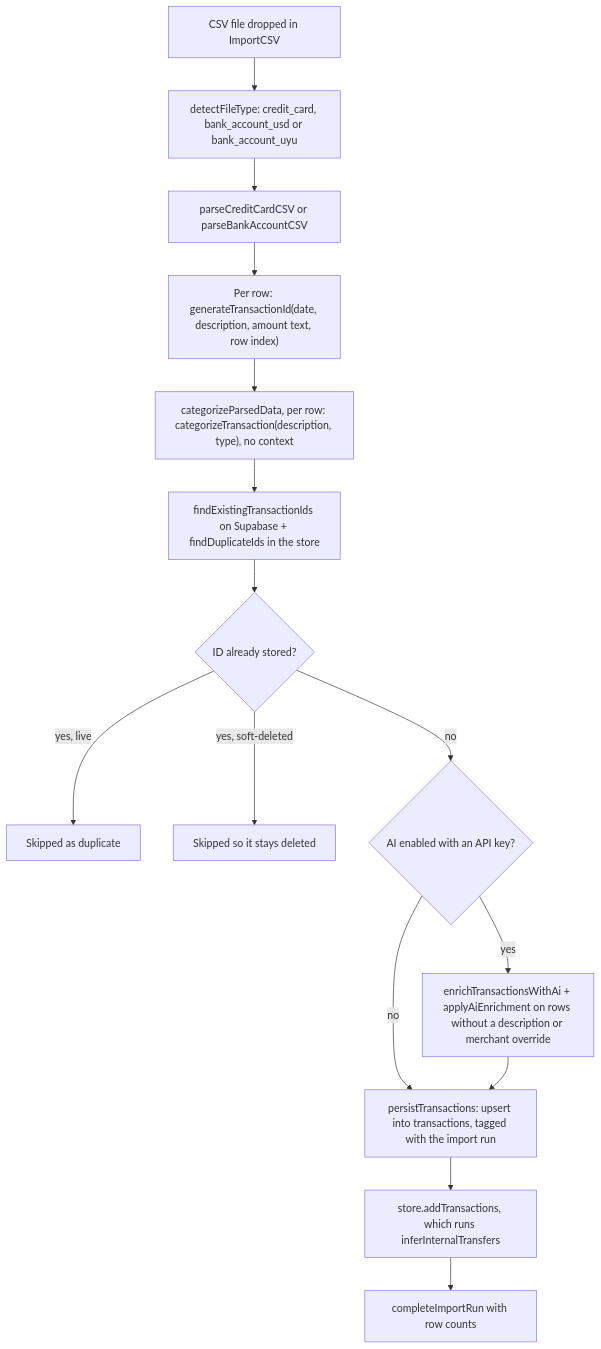
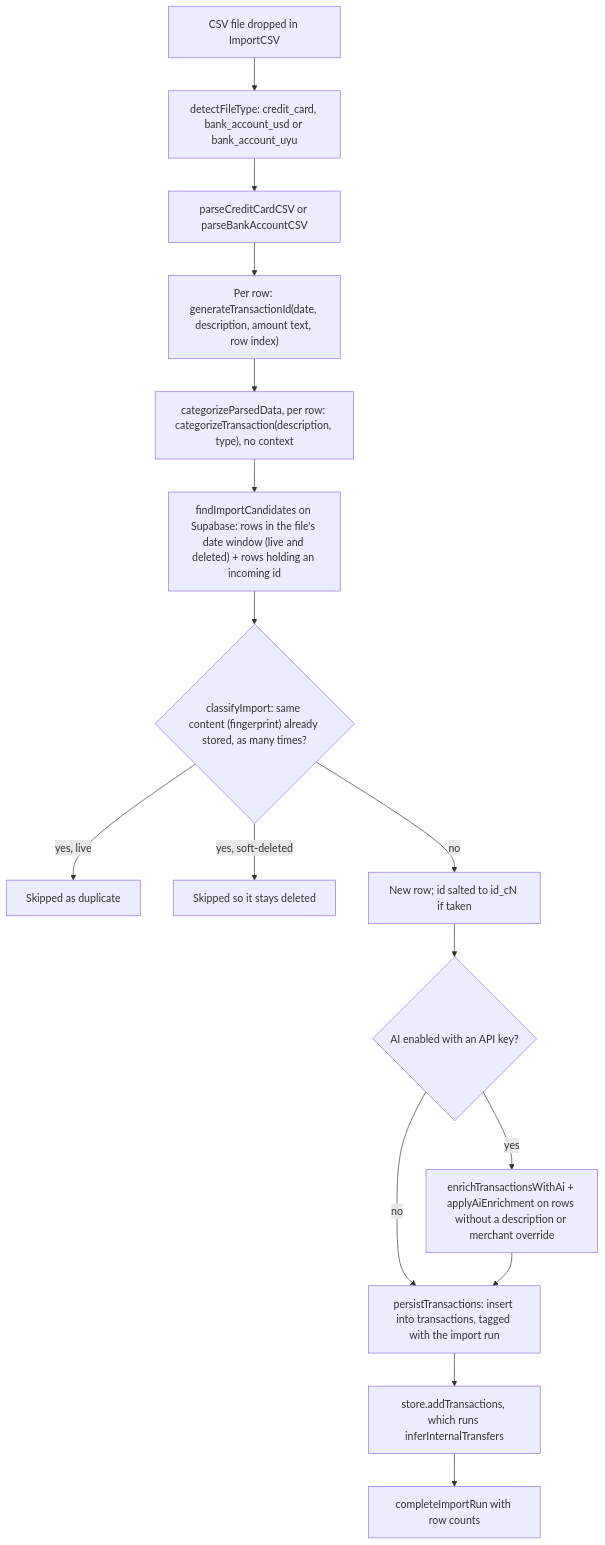
One commit to eltaiguer/tatu changed the first of 3 diagrams in docs/architecture.md. Above: the diagram before and after it, drawn with Mermaid. The commit also changed other lines of this file and 10 other files, not shown here.

First line of the commit message:
fix: dedup imports by content fingerprint so shifted exports don't double-count (#57)

````diff
--- a/docs/architecture.md
+++ b/docs/architecture.md
@@ -18,17 +18,18 @@
 ```mermaid
 flowchart TD
     A["CSV file dropped in ImportCSV"] --> B["detectFileType: credit_card, bank_account_usd or bank_account_uyu"]
     B --> C["parseCreditCardCSV or parseBankAccountCSV"]
     C --> E["Per row: generateTransactionId(date, description, amount text, row index)"]
     E --> D["categorizeParsedData, per row: categorizeTransaction(description, type), no context"]
-    D --> F["findExistingTransactionIds on Supabase + findDuplicateIds in the store"]
-    F --> G{"ID already stored?"}
+    D --> F["findImportCandidates on Supabase: rows in the file's date window (live and deleted) + rows holding an incoming id"]
+    F --> G{"classifyImport: same content (fingerprint) already stored, as many times?"}
     G -- "yes, live" --> H["Skipped as duplicate"]
     G -- "yes, soft-deleted" --> I["Skipped so it stays deleted"]
-    G -- "no" --> J{"AI enabled with an API key?"}
+    G -- "no" --> S["New row; id salted to id_cN if taken"]
+    S --> J{"AI enabled with an API key?"}
     J -- "yes" --> K["enrichTransactionsWithAi + applyAiEnrichment on rows without a description or merchant override"]
-    J -- "no" --> L["persistTransactions: upsert into transactions, tagged with the import run"]
+    J -- "no" --> L["persistTransactions: insert into transactions, tagged with the import run"]
     K --> L
     L --> M["store.addTransactions, which runs inferInternalTransfers"]
     M --> N["completeImportRun with row counts"]
 ```
````
